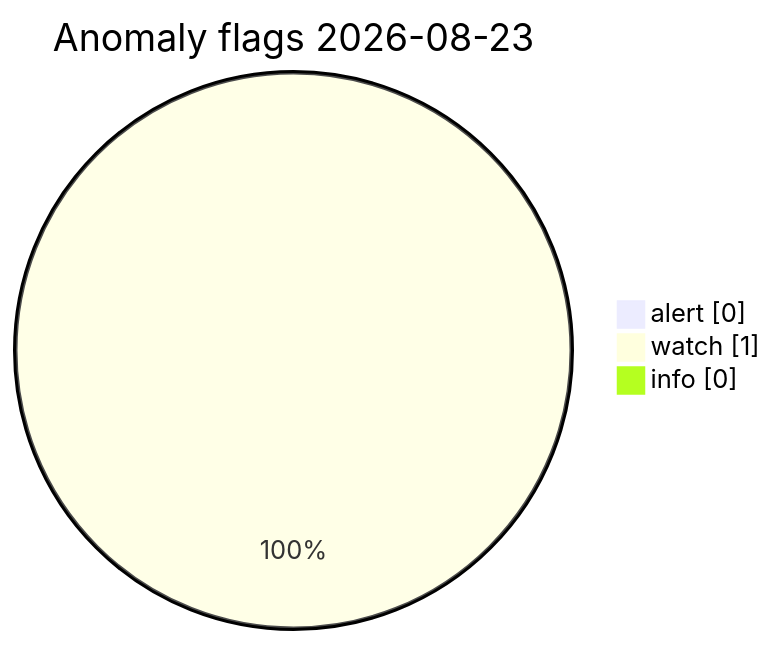
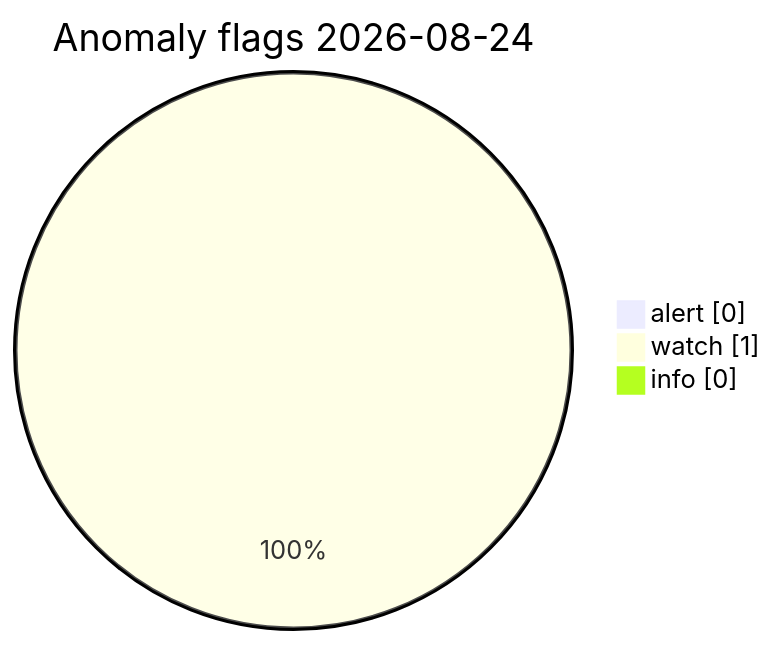
The diagram in visuals/latest/CHARTS.md (Midwest-Stratospheric/Unified-Open-Global-Weather), drawn with Mermaid before and after one commit. The commit also changed other lines of this file and 11 other files, not shown here.

Commit message:
data(visuals): automated charts 2026-08-24T08:31Z

````diff
--- a/visuals/latest/CHARTS.md
+++ b/visuals/latest/CHARTS.md
@@ -73,7 +73,7 @@
 ```mermaid
 pie showData
-  title Anomaly flags 2026-08-23
+  title Anomaly flags 2026-08-24
   "alert" : 0
   "watch" : 1
   "info" : 0
 ```
````
